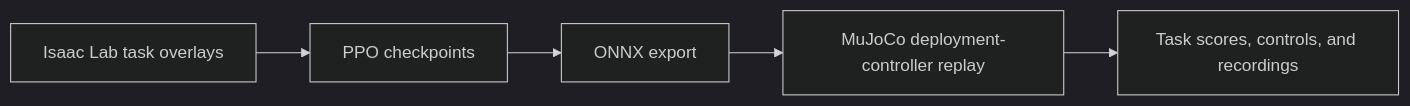
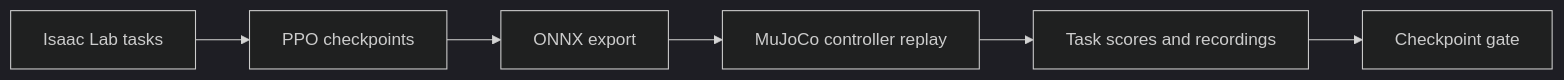
The diagram in README.md (joses2017smjh/bhl-robustness-ladder), drawn with Mermaid (dark theme) before and after one commit. The commit also changed other lines of this file and 2 other files, not shown here.

````diff
--- a/README.md
+++ b/README.md
@@ -107,7 +31,8 @@
 ```mermaid
 flowchart LR
-  A[Isaac Lab task overlays] --> B[PPO checkpoints]
+  A[Isaac Lab tasks] --> B[PPO checkpoints]
   B --> C[ONNX export]
-  C --> D[MuJoCo deployment-controller replay]
-  D --> E[Task scores, controls, and recordings]
+  C --> D[MuJoCo controller replay]
+  D --> E[Task scores and recordings]
+  E --> F[Checkpoint gate]
 ```
````
